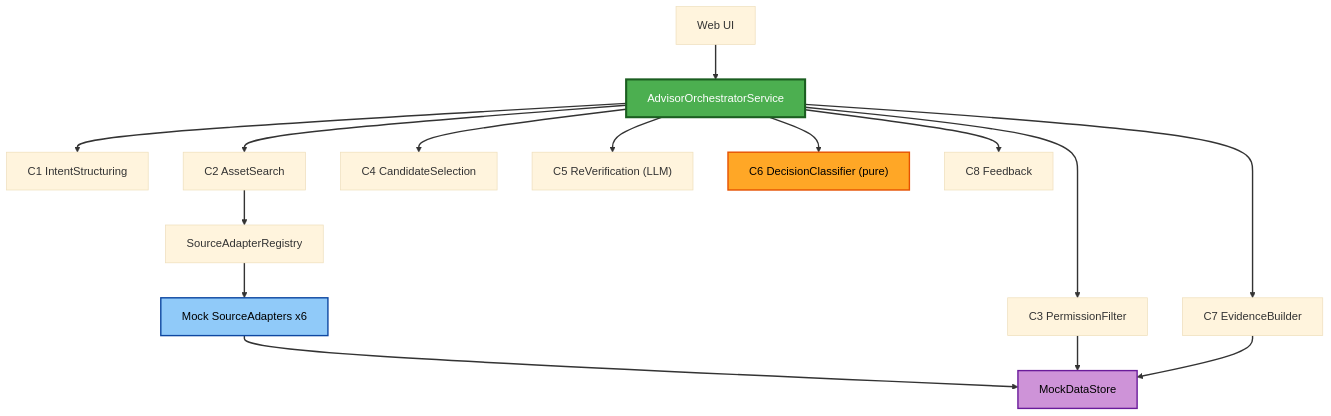
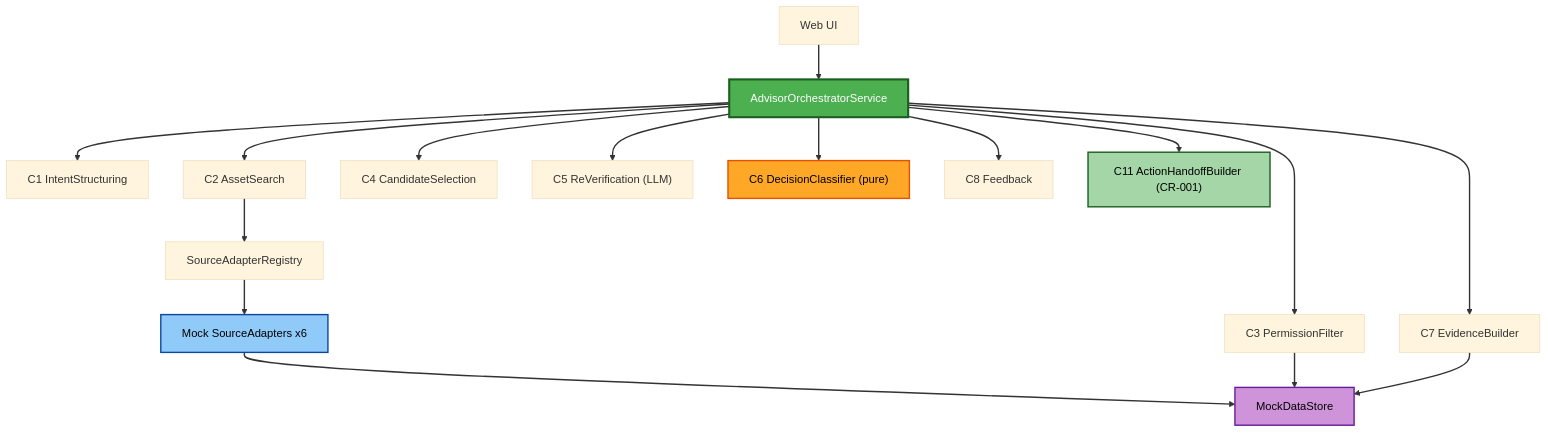
The diagram in aidlc-docs/inception/application-design/component-dependency.md (nayeonikim/anabada), drawn with Mermaid (base theme) before and after one commit. The commit also changed other lines of this file and 35 other files, not shown here.

First line of the commit message:
feat: integrate CR-001 Action Handoff (U1 backend)

````diff
--- a/aidlc-docs/inception/application-design/component-dependency.md
+++ b/aidlc-docs/inception/application-design/component-dependency.md
@@ -76,37 +82,40 @@
 ```mermaid
 flowchart TD
     UI["Web UI"]
     ORCH["AdvisorOrchestratorService"]
     C1["C1 IntentStructuring"]
     C2["C2 AssetSearch"]
     C3["C3 PermissionFilter"]
     C4["C4 CandidateSelection"]
     C5["C5 ReVerification (LLM)"]
     C6["C6 DecisionClassifier (pure)"]
     C7["C7 EvidenceBuilder"]
     C8["C8 Feedback"]
+    C11["C11 ActionHandoffBuilder (CR-001)"]
     REG["SourceAdapterRegistry"]
     AD["Mock SourceAdapters x6"]
     DS["MockDataStore"]
 
     UI --> ORCH
     ORCH --> C1
     ORCH --> C2
     ORCH --> C3
     ORCH --> C4
     ORCH --> C5
     ORCH --> C6
     ORCH --> C7
     ORCH --> C8
+    ORCH --> C11
     C2 --> REG
     REG --> AD
     AD --> DS
     C3 --> DS
     C7 --> DS
 
     style ORCH fill:#4CAF50,stroke:#1B5E20,stroke-width:3px,color:#fff
     style C6 fill:#FFA726,stroke:#E65100,stroke-width:2px,color:#000
+    style C11 fill:#A5D6A7,stroke:#1B5E20,stroke-width:2px,color:#000
     style AD fill:#90CAF9,stroke:#0D47A1,stroke-width:2px,color:#000
     style DS fill:#CE93D8,stroke:#6A1B9A,stroke-width:2px,color:#000
     linkStyle default stroke:#333,stroke-width:2px
 ```
````
